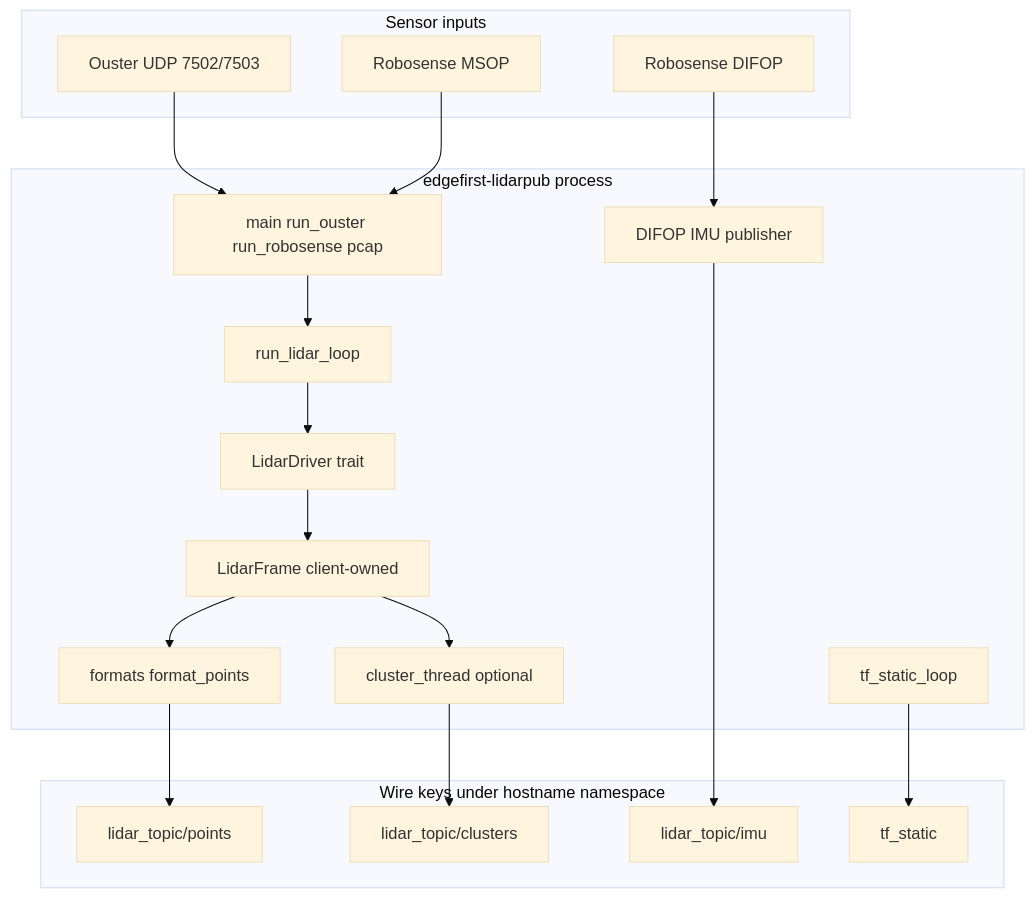
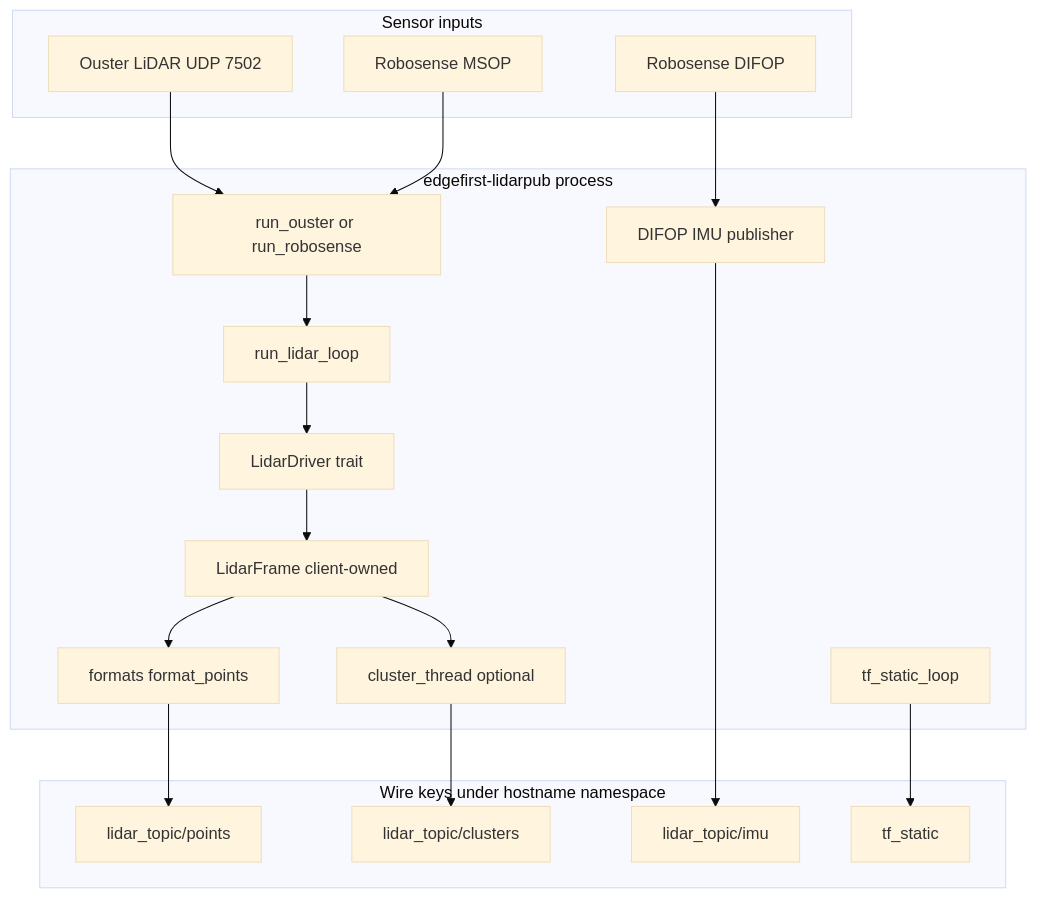
The first of 5 diagrams in ARCHITECTURE.md (EdgeFirstAI/lidarpub), drawn with Mermaid (base theme) before and after one commit. The commit also changed other lines of this file, not shown here.

First line of the commit message:
docs: address ARCHITECTURE review feedback on PR #9

````diff
--- a/ARCHITECTURE.md
+++ b/ARCHITECTURE.md
@@ -56,35 +56,35 @@
 ```mermaid
 graph TB
     subgraph Sensors [Sensor inputs]
-        OusterUDP["Ouster UDP 7502/7503"]
+        OusterUDP["Ouster LiDAR UDP 7502"]
         RsMSOP["Robosense MSOP"]
         RsDIFOP["Robosense DIFOP"]
     end
 
     subgraph App [edgefirst-lidarpub process]
-        Entry["main run_ouster run_robosense pcap"]
+        Entry["run_ouster or run_robosense"]
         Loop["run_lidar_loop"]
         Driver["LidarDriver trait"]
         Frame["LidarFrame client-owned"]
         Format["formats format_points"]
         ClusterT["cluster_thread optional"]
         TF["tf_static_loop"]
         IMUPub["DIFOP IMU publisher"]
     end
 
     subgraph Zenoh [Wire keys under hostname namespace]
         Points["lidar_topic/points"]
         Clusters["lidar_topic/clusters"]
         IMU["lidar_topic/imu"]
         TFKey["tf_static"]
     end
 
     OusterUDP --> Entry
     RsMSOP --> Entry
     Entry --> Loop
     Loop --> Driver --> Frame
     Frame --> Format --> Points
     Frame --> ClusterT --> Clusters
     RsDIFOP --> IMUPub --> IMU
     TF --> TFKey
 ```
````
